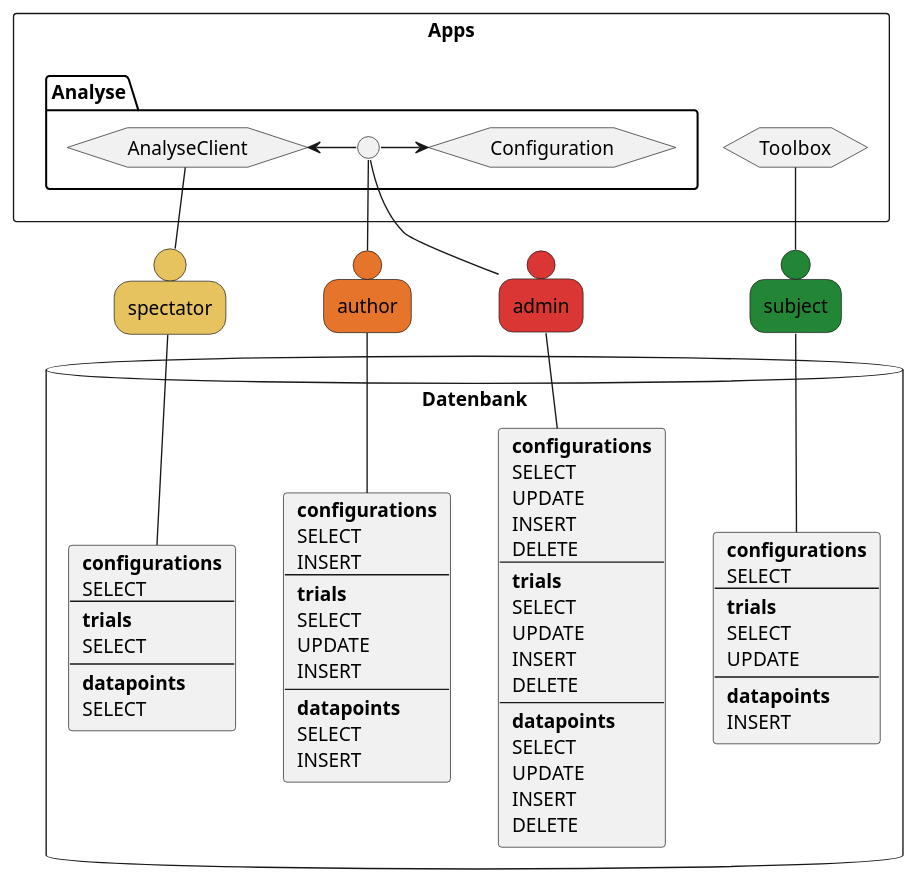
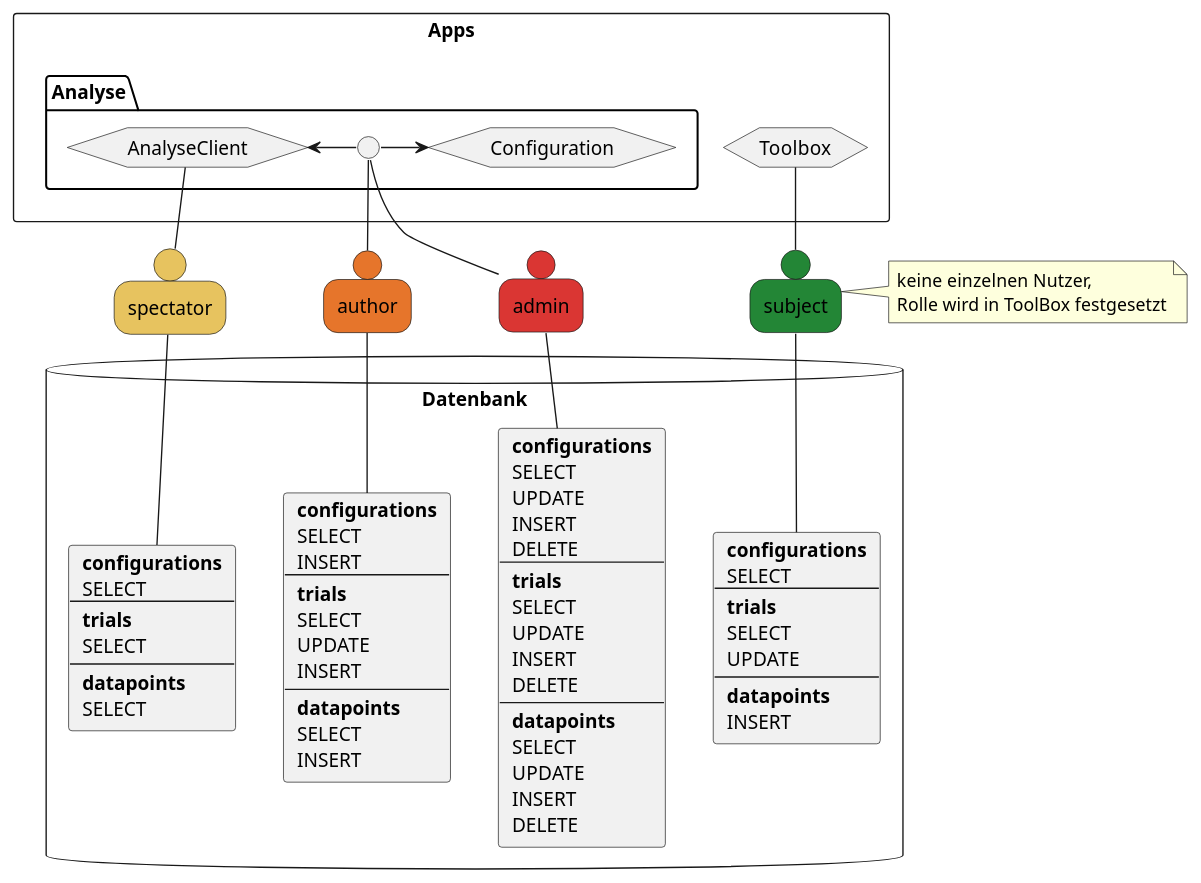
One commit to weichware-10/dokumente changed the diagram in uml-usecase/db/users.puml. Above: the diagram before and after it, drawn with PlantUML.

Commit message:
[docs] kommentar

```diff
--- a/uml-usecase/db/users.puml
+++ b/uml-usecase/db/users.puml
@@ -1,97 +1,97 @@
 @startuml users
 ' left to right direction
 
 rectangle Apps {
     hexagon Toolbox as tb
     package Analyse as a {
         hexagon AnalyseClient as ac
         hexagon Configuration as co
         interface " " as both
         both -l-> ac
         both -r-> co
     }
 }
 
 person subject      as su #238636
 person spectator    as sp #E7C35F
 person author       as au #E6752B
 person admin        as ad #DA3633
 
 
-' note right of su
-'     keine einzelnen Nutzer,
-'     Rolle wird in ToolBox festgesetzt
-' end note
+note right of su
+    keine einzelnen Nutzer,
+    Rolle wird in ToolBox festgesetzt
+end note
 
 database Datenbank {
     ' SUBJECT
     card dbsu [
         **configurations**
         SELECT
         --
         **trials**
         SELECT
         UPDATE
         --
         **datapoints**
         INSERT
     ]
     ' SPECTATOR
     card dbsp [
         **configurations**
         SELECT
         --
         **trials**
         SELECT
         --
         **datapoints**
         SELECT
     ]
     ' AUTHOR
     card dbau [
         **configurations**
         SELECT
         INSERT
         --
         **trials**
         SELECT
         UPDATE
         INSERT
         --
         **datapoints**
         SELECT
         INSERT
     ]
     ' ADMIN
     card dbad [
         **configurations**
         SELECT
         UPDATE
         INSERT
         DELETE
         --
         **trials**
         SELECT
         UPDATE
         INSERT
         DELETE
         --
         **datapoints**
         SELECT
         UPDATE
         INSERT
         DELETE
     ]
 }
 
 su -u- tb
 sp -u- ac
 au -u- both
 ad -u- both
 
 su -- dbsu
 sp -- dbsp
 au -- dbau
 ad -- dbad
 
 @enduml
```
